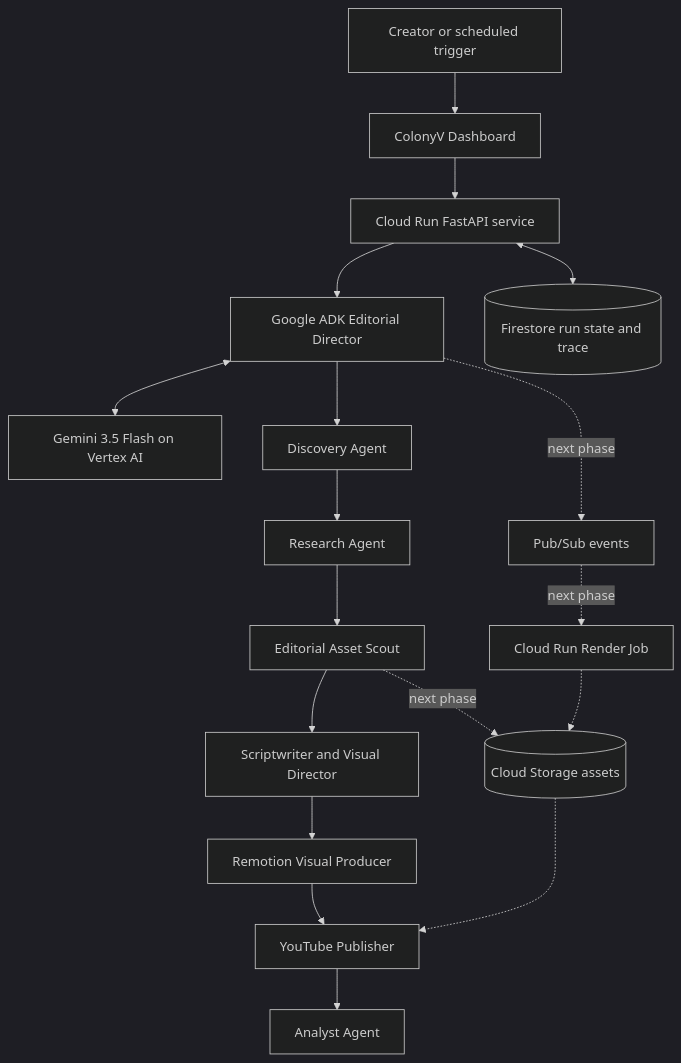
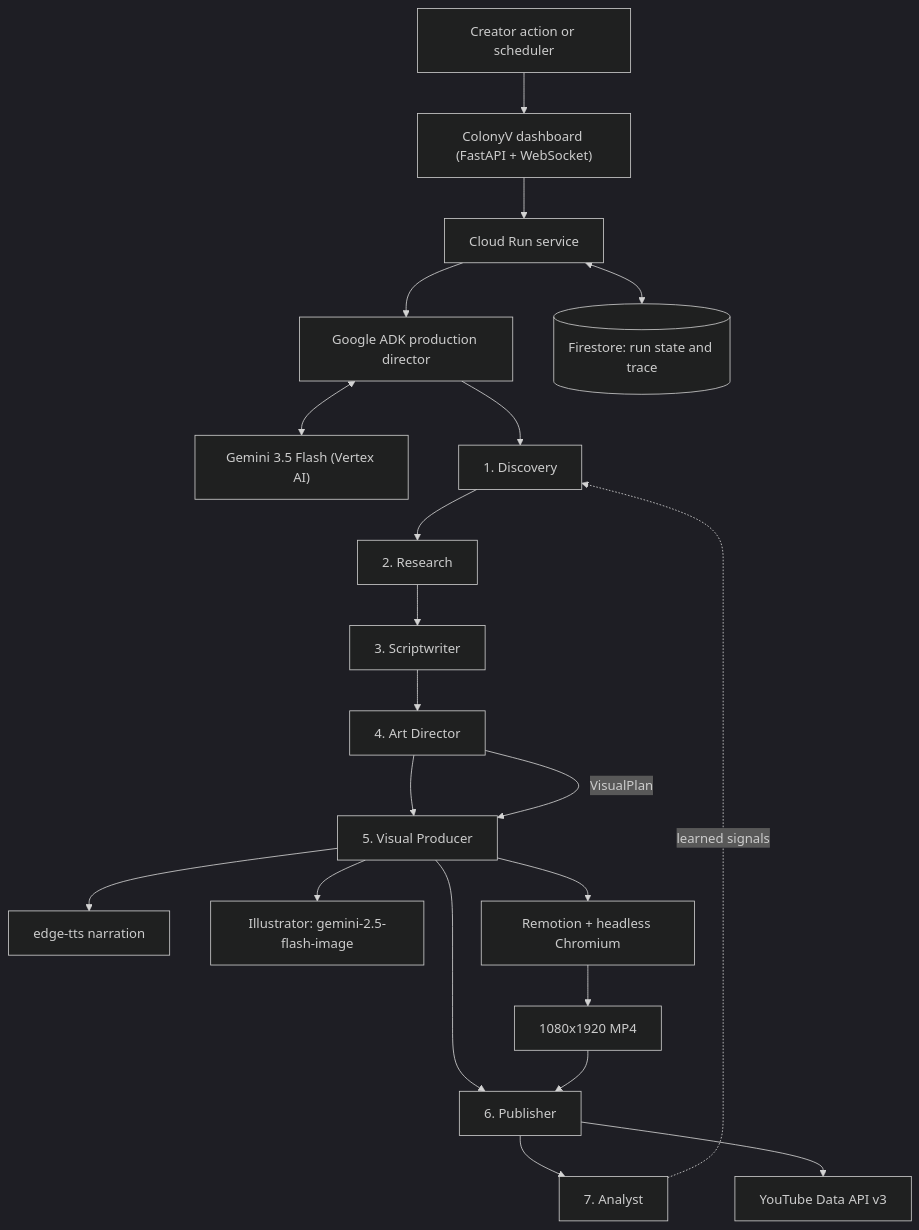
One commit to salmansanusisani/colonyv changed the diagram in README.md. Above: the diagram before and after it, drawn with Mermaid (dark theme). The commit also changed other lines of this file and 4 other files, not shown here.

````diff
--- a/README.md
+++ b/README.md
@@ -17,22 +17,25 @@
 ```mermaid
-flowchart TD
-    Trigger[Creator or scheduled trigger] --> Dashboard[ColonyV Dashboard]
-    Dashboard --> Run[Cloud Run FastAPI service]
-    Run --> Director[Google ADK Editorial Director]
-    Director <--> Gemini[Gemini 3.5 Flash on Vertex AI]
+flowchart TB
+    Trigger["Creator action or scheduler"] --> Dashboard["ColonyV dashboard (FastAPI + WebSocket)"]
+    Dashboard --> Service["Cloud Run service"]
+    Service --> Director["Google ADK production director"]
+    Director <--> Gemini["Gemini 3.5 Flash (Vertex AI)"]
+    Service <--> Firestore[("Firestore: run state and trace")]
 
-    Director --> Discovery[Discovery Agent]
-    Discovery --> Research[Research Agent]
-    Research --> Assets[Editorial Asset Scout]
-    Assets --> Script[Scriptwriter and Visual Director]
-    Script --> Producer[Remotion Visual Producer]
-    Producer --> Publisher[YouTube Publisher]
-    Publisher --> Analyst[Analyst Agent]
+    Director --> Discovery["1. Discovery"]
+    Discovery --> Research["2. Research"]
+    Research --> Script["3. Scriptwriter"]
+    Script --> ArtDir["4. Art Director"]
+    ArtDir --> Producer["5. Visual Producer"]
+    Producer --> Publisher["6. Publisher"]
+    Publisher --> Analyst["7. Analyst"]
+    Analyst -. "learned signals" .-> Discovery
 
-    Run <--> Firestore[(Firestore run state and trace)]
-    Assets -. next phase .-> Storage[(Cloud Storage assets)]
-    Director -. next phase .-> PubSub[Pub/Sub events]
-    PubSub -. next phase .-> RenderJob[Cloud Run Render Job]
-    RenderJob -.-> Storage
-    Storage -.-> Publisher
+    ArtDir -- "VisualPlan" --> Producer
+    Producer --> TTS["edge-tts narration"]
+    Producer --> Illo["Illustrator: gemini-2.5-flash-image"]
+    Producer --> Remotion["Remotion + headless Chromium"]
+    Remotion --> MP4["1080x1920 MP4"]
+    MP4 --> Publisher
+    Publisher --> YouTube["YouTube Data API v3"]
 ```
````
